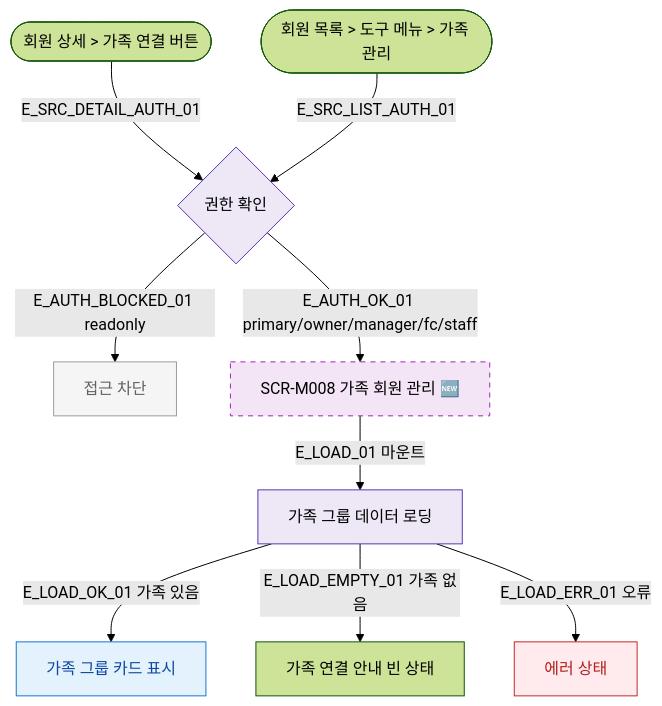
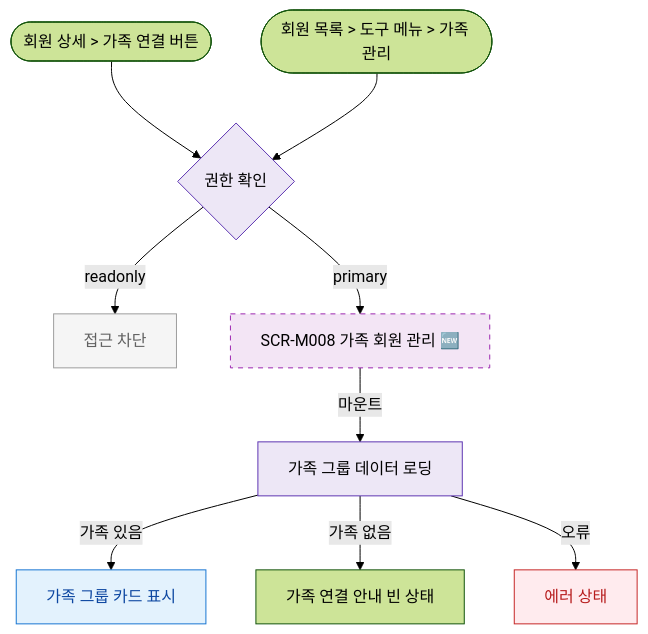
One commit to dev-spogym/admin-pando changed the diagram in docs/다이어그램/D02_회원관리/SCR-M008_가족회원/F1_진입.md. Above: the diagram before and after it, drawn with Mermaid (forest theme). The commit also changed other lines of this file and 1660 other files, not shown here.

First line of the commit message:
다이어그램: 기획자/클라이언트 납품본으로 정리

````diff
--- a/docs/다이어그램/D02_회원관리/SCR-M008_가족회원/F1_진입.md
+++ b/docs/다이어그램/D02_회원관리/SCR-M008_가족회원/F1_진입.md
@@ -22,30 +20,30 @@
 ```mermaid
 flowchart TD
   SRC_DETAIL([회원 상세 > 가족 연결 버튼])
   SRC_LIST([회원 목록 > 도구 메뉴 > 가족 관리])
 
   AUTH_CHECK{권한 확인}
 
-  SRC_DETAIL -->|E_SRC_DETAIL_AUTH_01| AUTH_CHECK
-  SRC_LIST   -->|E_SRC_LIST_AUTH_01| AUTH_CHECK
+  SRC_DETAIL --> AUTH_CHECK
+  SRC_LIST --> AUTH_CHECK
 
-  AUTH_CHECK -->|E_AUTH_BLOCKED_01 readonly| BLOCKED[접근 차단]
-  AUTH_CHECK -->|E_AUTH_OK_01 primary/owner/manager/fc/staff| SCR_M008[SCR-M008 가족 회원 관리 🆕]
+  AUTH_CHECK -->|readonly|BLOCKED[접근 차단]
+  AUTH_CHECK -->|primary|SCR_M008[SCR-M008 가족 회원 관리 🆕]
 
-  SCR_M008 -->|E_LOAD_01 마운트| LOAD[가족 그룹 데이터 로딩]
-  LOAD -->|E_LOAD_OK_01 가족 있음| UI_GROUP[가족 그룹 카드 표시]
-  LOAD -->|E_LOAD_EMPTY_01 가족 없음| UI_EMPTY[가족 연결 안내 빈 상태]
-  LOAD -->|E_LOAD_ERR_01 오류| UI_ERR[에러 상태]
+  SCR_M008 -->|마운트|LOAD[가족 그룹 데이터 로딩]
+  LOAD -->|가족 있음|UI_GROUP[가족 그룹 카드 표시]
+  LOAD -->|가족 없음|UI_EMPTY[가족 연결 안내 빈 상태]
+  LOAD -->|오류|UI_ERR[에러 상태]
 
-  classDef newFeature  fill:#F3E5F5,stroke:#9C27B0,stroke-dasharray:5 5
-  classDef screen      fill:#E3F2FD,stroke:#1976D2,color:#0D47A1
+  classDef newFeature fill:#F3E5F5,stroke:#9C27B0,stroke-dasharray:5 5
+  classDef screen fill:#E3F2FD,stroke:#1976D2,color:#0D47A1
   classDef rbacBlocked fill:#F5F5F5,stroke:#9E9E9E,color:#616161
-  classDef error       fill:#FFEBEE,stroke:#C62828,color:#B71C1C
-  classDef system      fill:#EDE7F6,stroke:#5E35B2
+  classDef error fill:#FFEBEE,stroke:#C62828,color:#B71C1C
+  classDef system fill:#EDE7F6,stroke:#5E35B2
 
   class SCR_M008 newFeature
   class UI_GROUP screen
   class BLOCKED rbacBlocked
   class UI_ERR error
   class AUTH_CHECK,LOAD system
 ```
````
